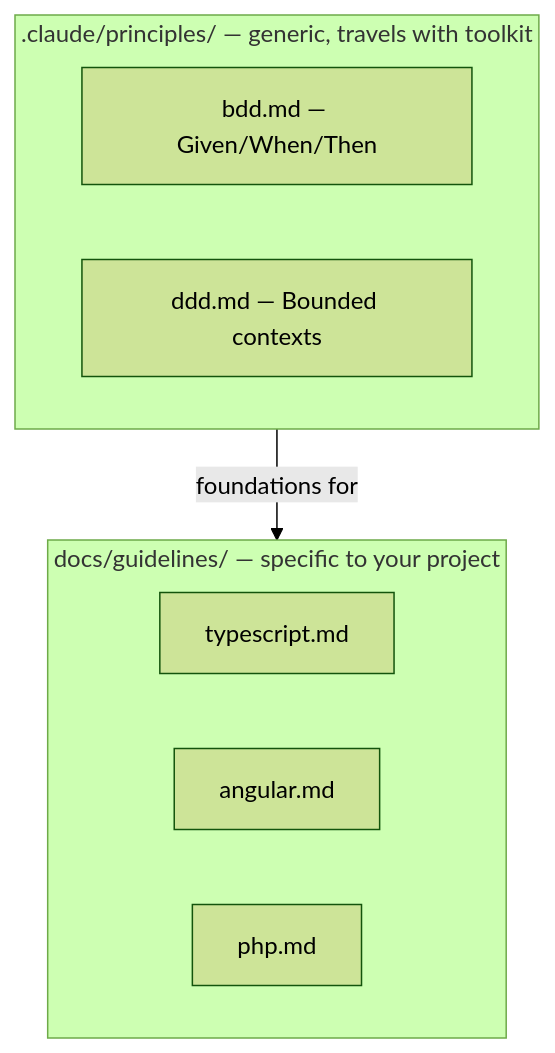
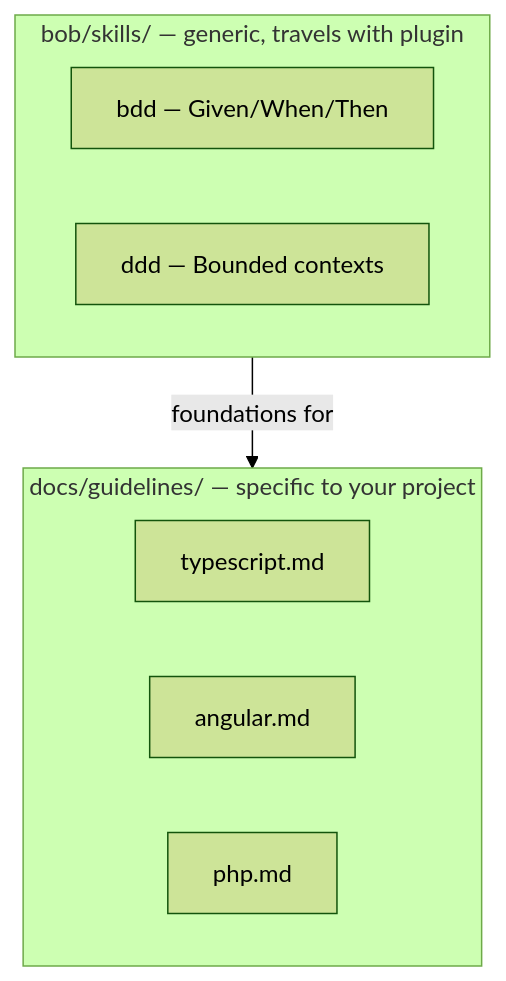
The third of 5 diagrams in docs/user-guide.md (bofrese/dot.claude), drawn with Mermaid (forest theme) before and after one commit. The commit also changed other lines of this file and 14 other files, not shown here.

````diff
--- a/docs/user-guide.md
+++ b/docs/user-guide.md
@@ -450,13 +449,13 @@
 ```mermaid
 flowchart TD
-    subgraph Generic[".claude/principles/ — generic, travels with toolkit"]
-        BDD["bdd.md — Given/When/Then"]
-        DDD["ddd.md — Bounded contexts"]
+    subgraph Generic["bob/skills/ — generic, travels with plugin"]
+        BDD["bdd — Given/When/Then"]
+        DDD["ddd — Bounded contexts"]
     end
     Generic -->|"foundations for"| Specific
     subgraph Specific["docs/guidelines/ — specific to your project"]
         G1["typescript.md"]
         G2["angular.md"]
         G3["php.md"]
     end
 ```
````
